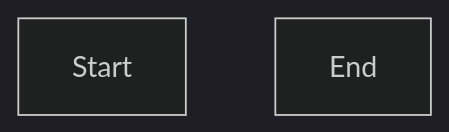
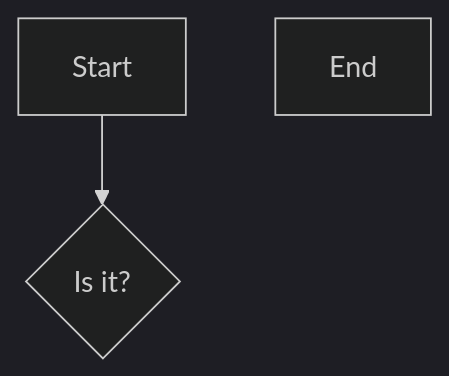
The second of 2 diagrams in doc/info/chart/bootstrap.md (alecrabbit/php-console-spinner), drawn with Mermaid (dark theme) before and after one commit. The commit also changed other lines of this file and 34 other files, not shown here.

````diff
--- a/doc/info/chart/bootstrap.md
+++ b/doc/info/chart/bootstrap.md
@@ -10,5 +10,6 @@
 ```mermaid
 flowchart TD
     Start[Start]
+    Start[Start] --> IsIt{Is it?}
     End[End]
 ```
````
